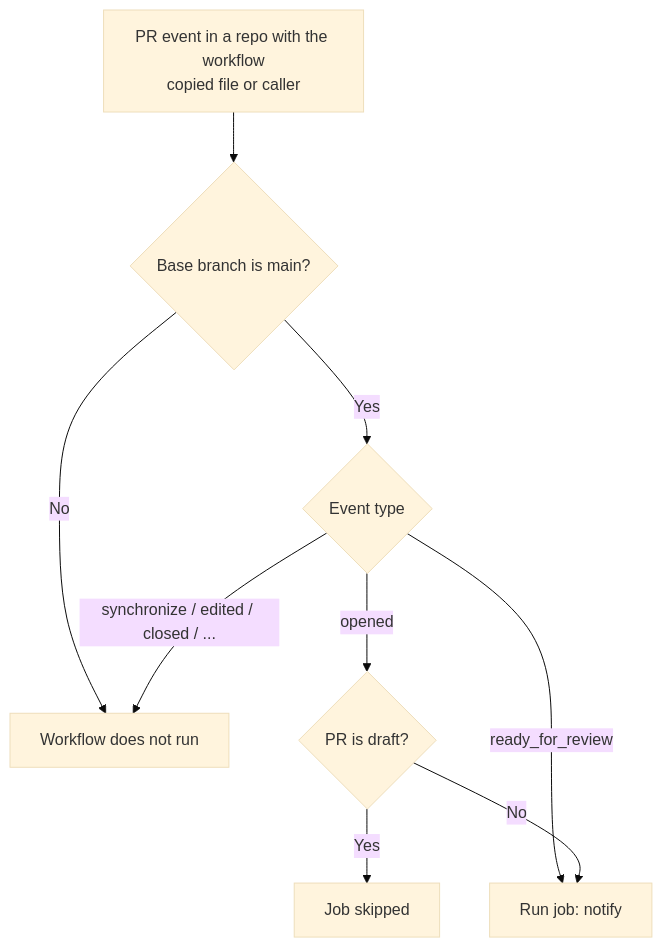
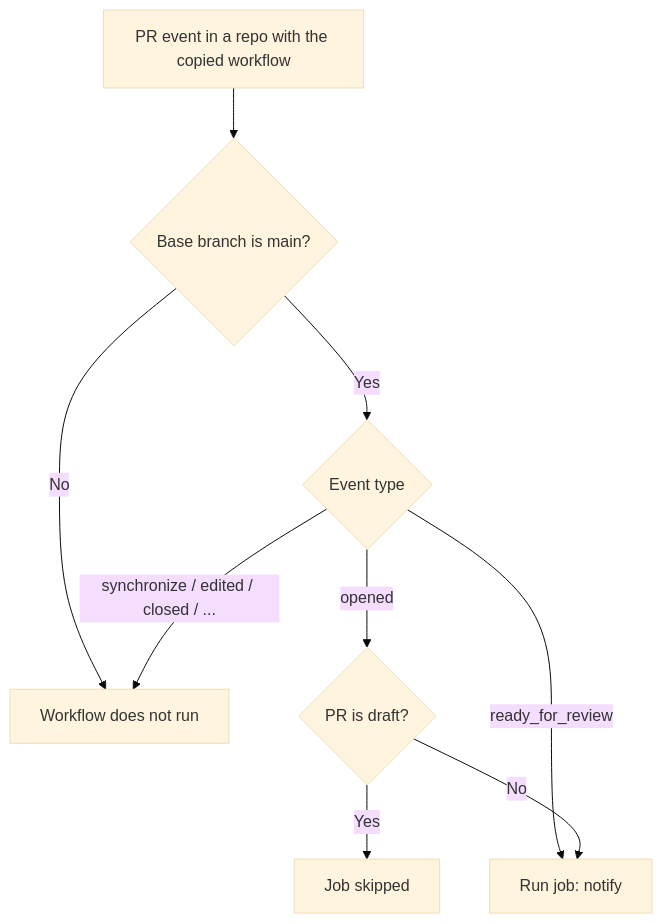
The first of 2 diagrams in docs/pr-slack-notification.md (rubone/shared-workflows), drawn with Mermaid (base theme) before and after one commit. The commit also changed other lines of this file and 6 other files, not shown here.

````diff
--- a/docs/pr-slack-notification.md
+++ b/docs/pr-slack-notification.md
@@ -119,11 +63,11 @@
 ```mermaid
 flowchart TD
-    A[PR event in a repo with the workflow<br/>copied file or caller] --> B{Base branch is main?}
+    A[PR event in a repo with the copied workflow] --> B{Base branch is main?}
     B -- No --> X[Workflow does not run]
     B -- Yes --> C{Event type}
     C -- opened --> D{PR is draft?}
     C -- ready_for_review --> E[Run job: notify]
     C -- synchronize / edited / closed / ... --> X
     D -- Yes --> Y[Job skipped]
     D -- No --> E
 ```
````
